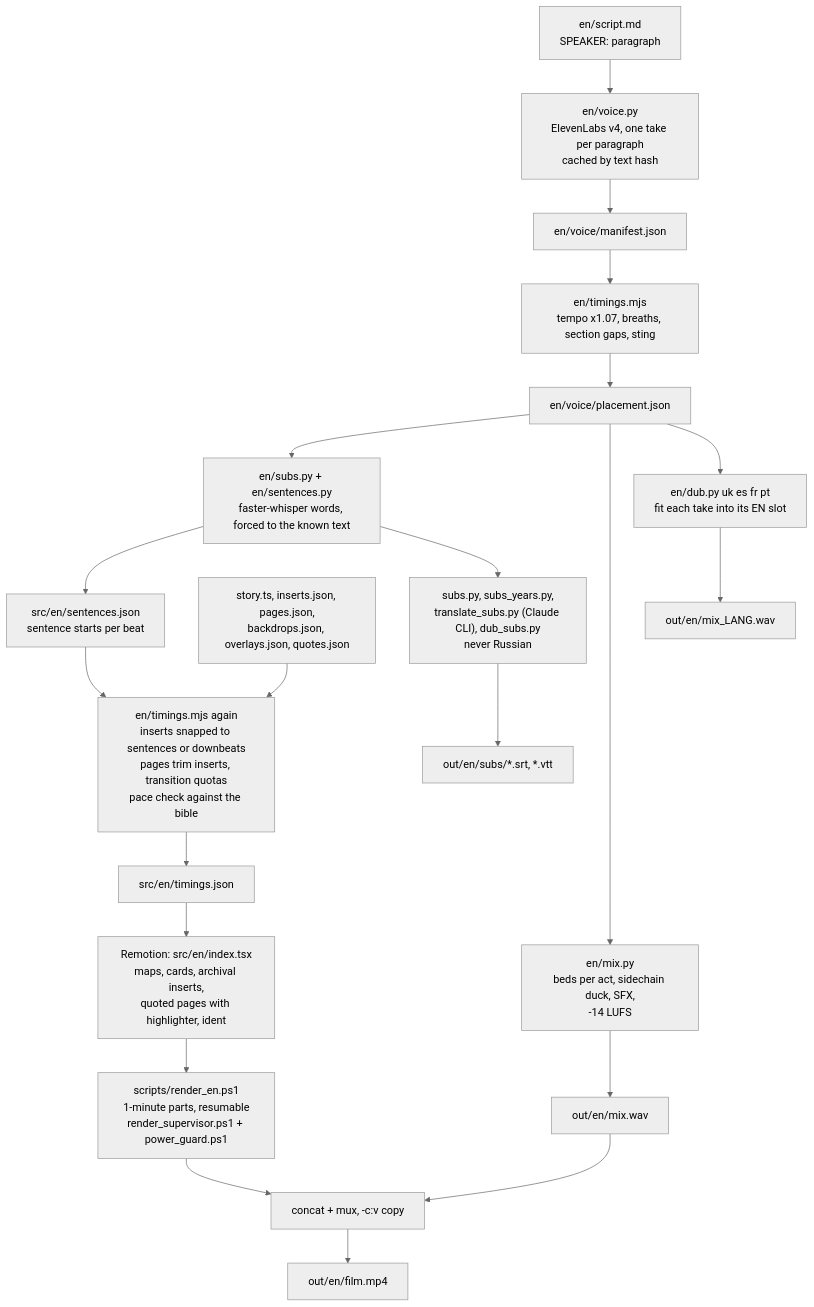
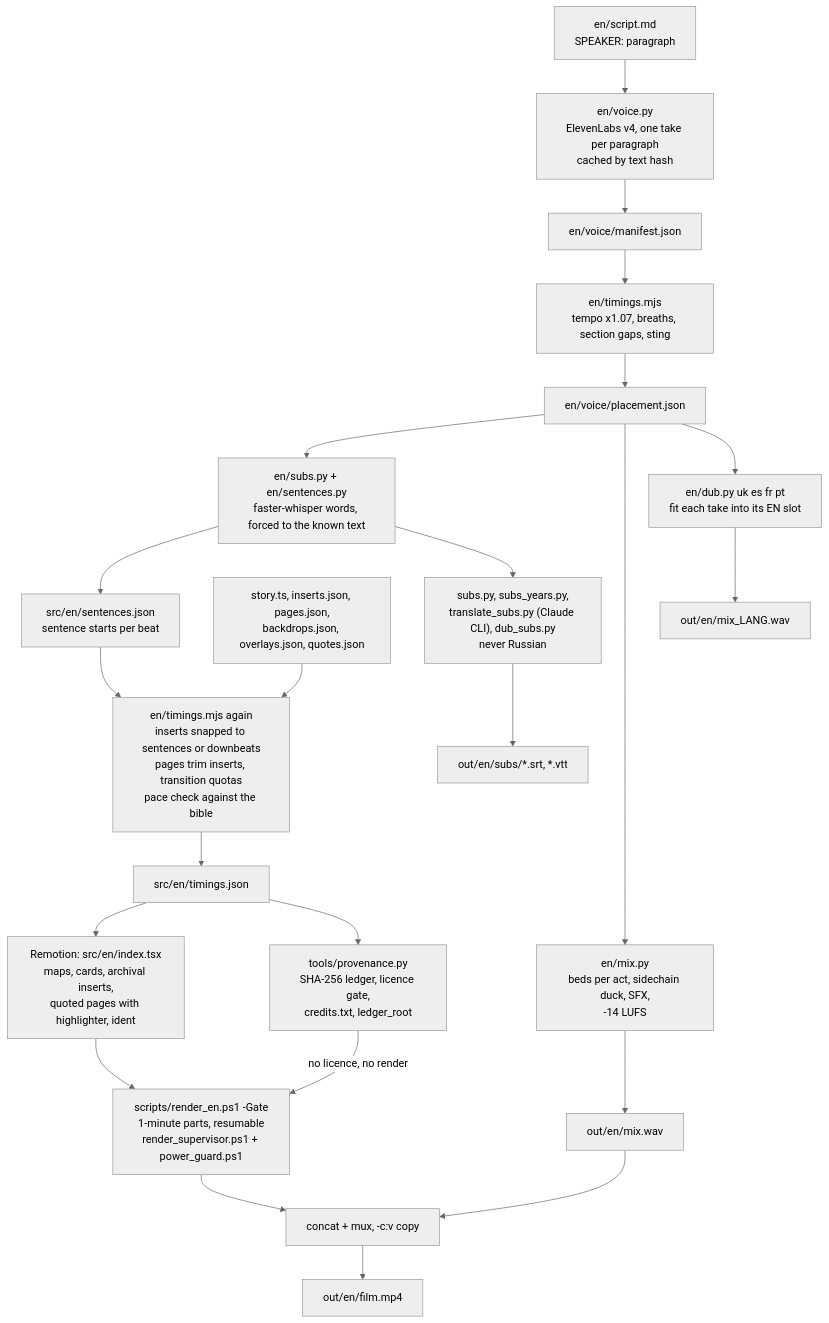
The diagram in README.md (heisssen/render-engine), drawn with Mermaid (neutral theme) before and after one commit. The commit also changed other lines of this file and 19 other files, not shown here.

First line of the commit message:
Provenance ledger and licence gate, threat model, CI, security policy (v0.2.0)

````diff
--- a/README.md
+++ b/README.md
@@ -68,23 +78,25 @@
 ```mermaid
 flowchart TD
   S["en/script.md<br/>SPEAKER: paragraph"] --> V["en/voice.py<br/>ElevenLabs v4, one take per paragraph<br/>cached by text hash"]
   V --> M1["en/voice/manifest.json"]
   M1 --> T1["en/timings.mjs<br/>tempo x1.07, breaths, section gaps, sting"]
   T1 --> P["en/voice/placement.json"]
   P --> W["en/subs.py + en/sentences.py<br/>faster-whisper words, forced to the known text"]
   W --> SJ["src/en/sentences.json<br/>sentence starts per beat"]
   SJ --> T2["en/timings.mjs again<br/>inserts snapped to sentences or downbeats<br/>pages trim inserts, transition quotas<br/>pace check against the bible"]
   D["story.ts, inserts.json, pages.json,<br/>backdrops.json, overlays.json, quotes.json"] --> T2
   T2 --> TJ["src/en/timings.json"]
   TJ --> R["Remotion: src/en/index.tsx<br/>maps, cards, archival inserts,<br/>quoted pages with highlighter, ident"]
   P --> MX["en/mix.py<br/>beds per act, sidechain duck, SFX,<br/>-14 LUFS"]
   MX --> A["out/en/mix.wav"]
   P --> DB["en/dub.py uk es fr pt<br/>fit each take into its EN slot"]
   DB --> AD["out/en/mix_LANG.wav"]
   W --> SUB["subs.py, subs_years.py,<br/>translate_subs.py (Claude CLI), dub_subs.py<br/>never Russian"]
   SUB --> SRT["out/en/subs/*.srt, *.vtt"]
-  R --> RP["scripts/render_en.ps1<br/>1-minute parts, resumable<br/>render_supervisor.ps1 + power_guard.ps1"]
+  TJ --> PV["tools/provenance.py<br/>SHA-256 ledger, licence gate,<br/>credits.txt, ledger_root"]
+  PV -->|"no licence, no render"| RP
+  R --> RP["scripts/render_en.ps1 -Gate<br/>1-minute parts, resumable<br/>render_supervisor.ps1 + power_guard.ps1"]
   RP --> MUX["concat + mux, -c:v copy"]
   A --> MUX
   MUX --> F["out/en/film.mp4"]
 ```
````
